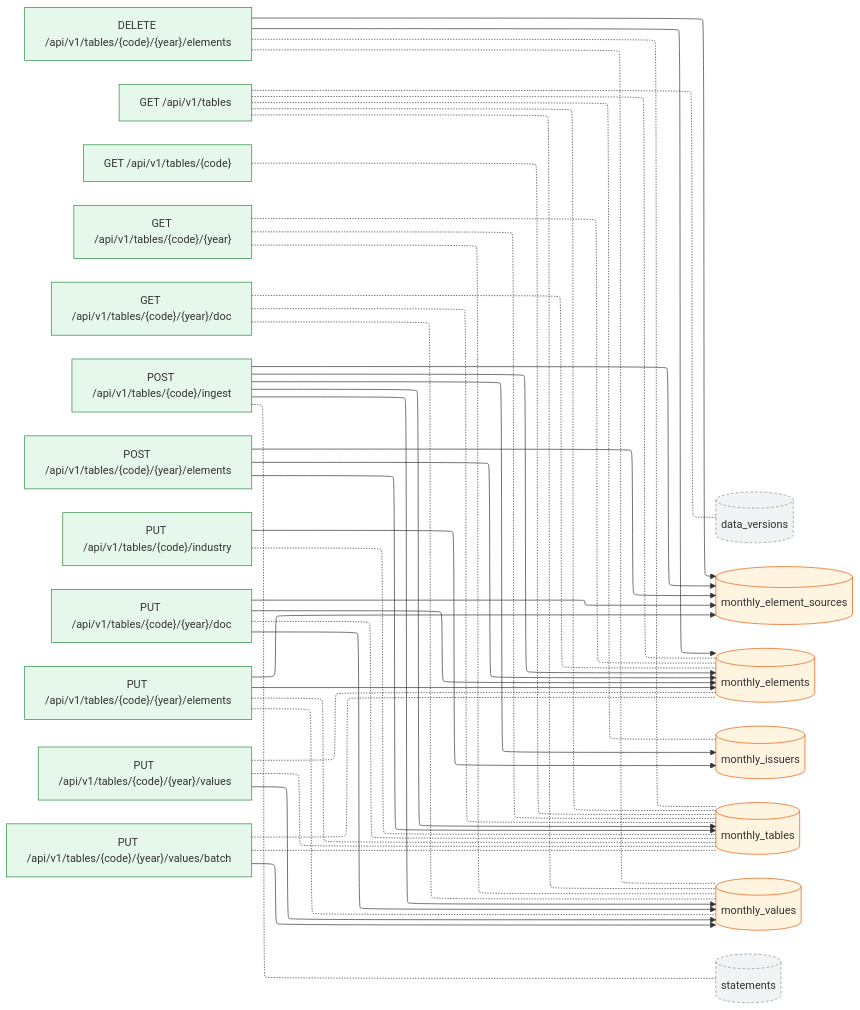
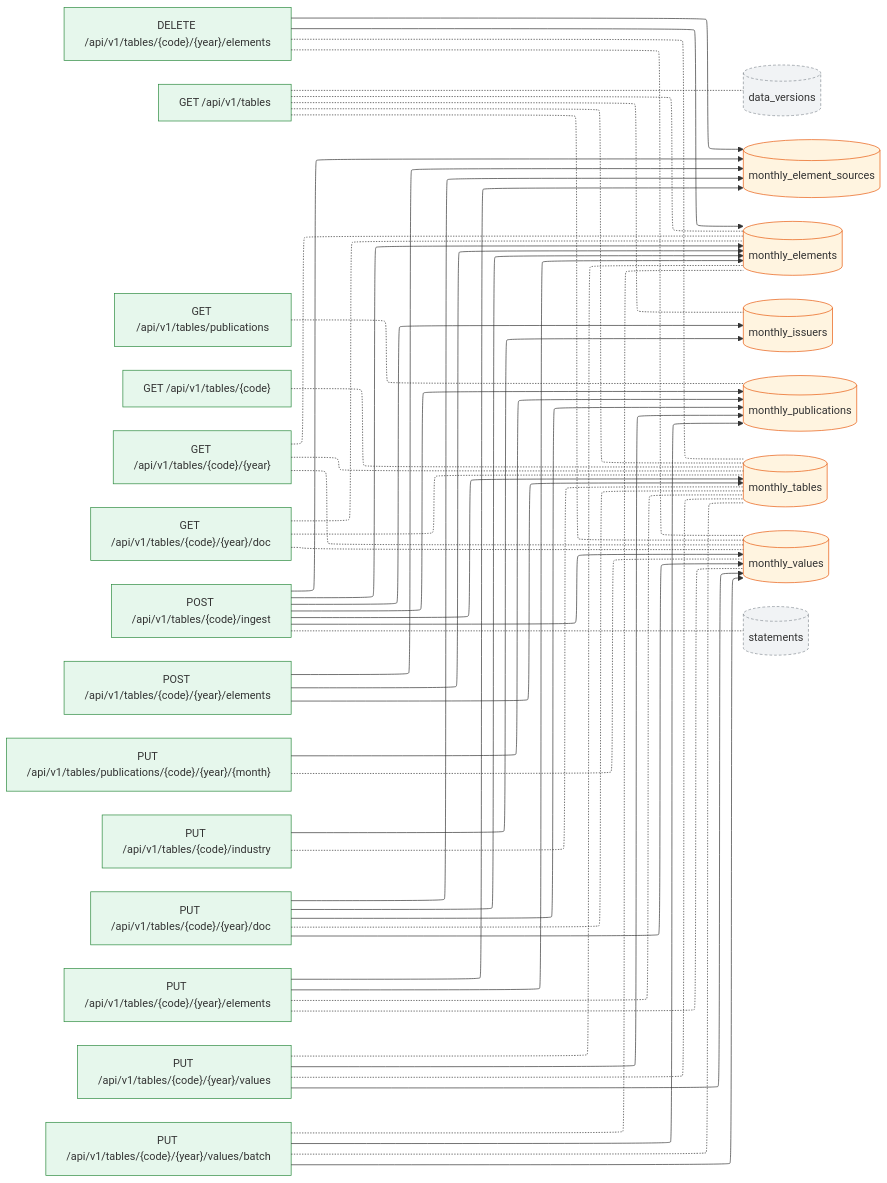
Before and after one commit to pekumirui/stock-analyzer: the second of 2 diagrams in docs/dataflow/monthly.md, drawn with Mermaid. The commit also changed other lines of this file and 46 other files, not shown here.

````diff
--- a/docs/dataflow/monthly.md
+++ b/docs/dataflow/monthly.md
@@ -77,71 +82,81 @@
 ```mermaid
 ---
 config:
   layout: elk
 ---
 flowchart LR
   n0["DELETE /api/v1/tables/{code}/{year}/elements"]:::api
   n1["GET /api/v1/tables"]:::api
-  n2["GET /api/v1/tables/{code}"]:::api
-  n3["GET /api/v1/tables/{code}/{year}"]:::api
-  n4["GET /api/v1/tables/{code}/{year}/doc"]:::api
-  n5["POST /api/v1/tables/{code}/ingest"]:::api
-  n6["POST /api/v1/tables/{code}/{year}/elements"]:::api
-  n7["PUT /api/v1/tables/{code}/industry"]:::api
-  n8["PUT /api/v1/tables/{code}/{year}/doc"]:::api
-  n9["PUT /api/v1/tables/{code}/{year}/elements"]:::api
-  n10["PUT /api/v1/tables/{code}/{year}/values"]:::api
-  n11["PUT /api/v1/tables/{code}/{year}/values/batch"]:::api
-  n12[("data_versions")]:::ext
-  n13[("monthly_element_sources")]:::tbl
-  n14[("monthly_elements")]:::tbl
-  n15[("monthly_issuers")]:::tbl
-  n16[("monthly_tables")]:::tbl
-  n17[("monthly_values")]:::tbl
-  n18[("statements")]:::ext
-  n0 --> n13
-  n0 --> n14
-  n0 -.- n16
-  n0 -.- n17
-  n1 -.- n12
+  n2["GET /api/v1/tables/publications"]:::api
+  n3["GET /api/v1/tables/{code}"]:::api
+  n4["GET /api/v1/tables/{code}/{year}"]:::api
+  n5["GET /api/v1/tables/{code}/{year}/doc"]:::api
+  n6["POST /api/v1/tables/{code}/ingest"]:::api
+  n7["POST /api/v1/tables/{code}/{year}/elements"]:::api
+  n8["PUT /api/v1/tables/publications/{code}/{year}/{month}"]:::api
+  n9["PUT /api/v1/tables/{code}/industry"]:::api
+  n10["PUT /api/v1/tables/{code}/{year}/doc"]:::api
+  n11["PUT /api/v1/tables/{code}/{year}/elements"]:::api
+  n12["PUT /api/v1/tables/{code}/{year}/values"]:::api
+  n13["PUT /api/v1/tables/{code}/{year}/values/batch"]:::api
+  n14[("data_versions")]:::ext
+  n15[("monthly_element_sources")]:::tbl
+  n16[("monthly_elements")]:::tbl
+  n17[("monthly_issuers")]:::tbl
+  n18[("monthly_publications")]:::tbl
+  n19[("monthly_tables")]:::tbl
+  n20[("monthly_values")]:::tbl
+  n21[("statements")]:::ext
+  n0 --> n15
+  n0 --> n16
+  n0 -.- n19
+  n0 -.- n20
   n1 -.- n14
-  n1 -.- n15
   n1 -.- n16
   n1 -.- n17
-  n2 -.- n16
-  n3 -.- n14
-  n3 -.- n16
-  n3 -.- n17
-  n4 -.- n14
+  n1 -.- n19
+  n1 -.- n20
+  n2 -.- n18
+  n3 -.- n19
   n4 -.- n16
-  n4 -.- n17
-  n5 --> n13
-  n5 --> n14
-  n5 --> n15
-  n5 --> n16
-  n5 --> n17
-  n5 -.- n18
-  n6 --> n13
-  n6 --> n14
+  n4 -.- n19
+  n4 -.- n20
+  n5 -.- n16
+  n5 -.- n19
+  n5 -.- n20
+  n6 --> n15
   n6 --> n16
+  n6 --> n17
+  n6 --> n18
+  n6 --> n19
+  n6 --> n20
+  n6 -.- n21
   n7 --> n15
-  n7 -.- n16
-  n8 --> n13
-  n8 --> n14
-  n8 -.- n16
-  n8 --> n17
-  n9 --> n13
-  n9 --> n14
-  n9 -.- n16
-  n9 -.- n17
-  n10 -.- n14
-  n10 -.- n16
-  n10 --> n17
-  n11 -.- n14
-  n11 -.- n16
-  n11 --> n17
+  n7 --> n16
+  n7 --> n19
+  n8 --> n18
+  n8 -.- n20
+  n9 --> n17
+  n9 -.- n19
+  n10 --> n15
+  n10 --> n16
+  n10 --> n18
+  n10 -.- n19
+  n10 --> n20
+  n11 --> n15
+  n11 --> n16
+  n11 -.- n19
+  n11 -.- n20
+  n12 -.- n16
+  n12 --> n18
+  n12 -.- n19
+  n12 --> n20
+  n13 -.- n16
+  n13 --> n18
+  n13 -.- n19
+  n13 --> n20
   classDef job fill:#e3ecff,stroke:#3b5bdb
   classDef api fill:#e6f7ec,stroke:#2b8a3e
   classDef tbl fill:#fff4e0,stroke:#e8590c
   classDef ext fill:#f1f3f5,stroke:#868e96,stroke-dasharray:4 3
 ```
````
